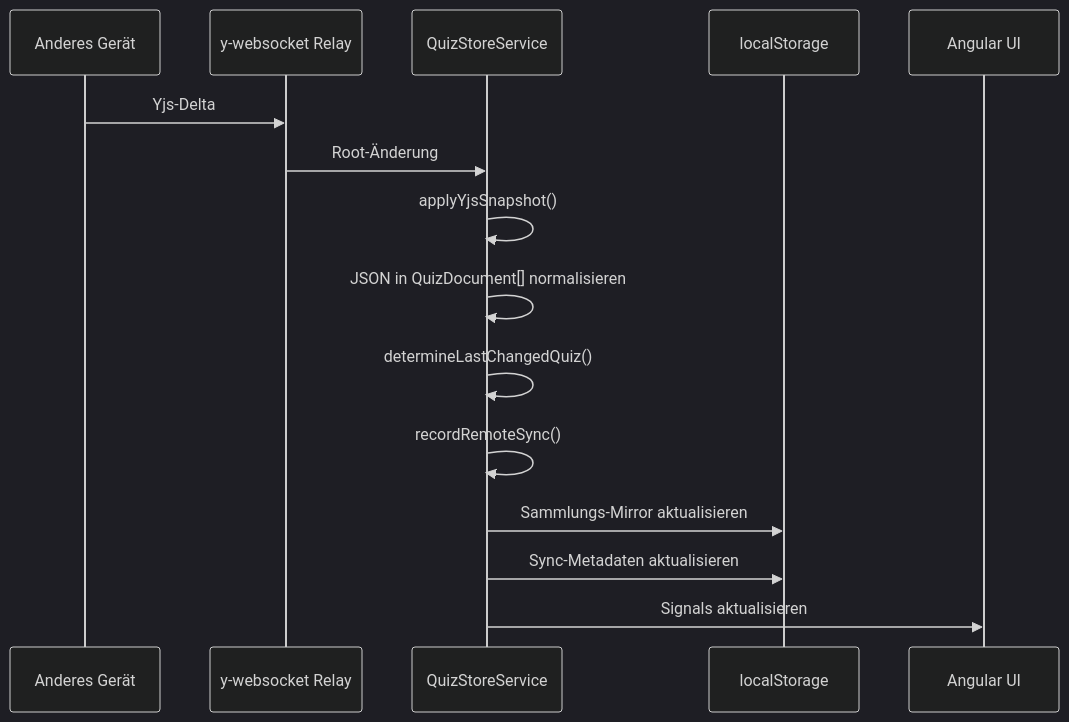
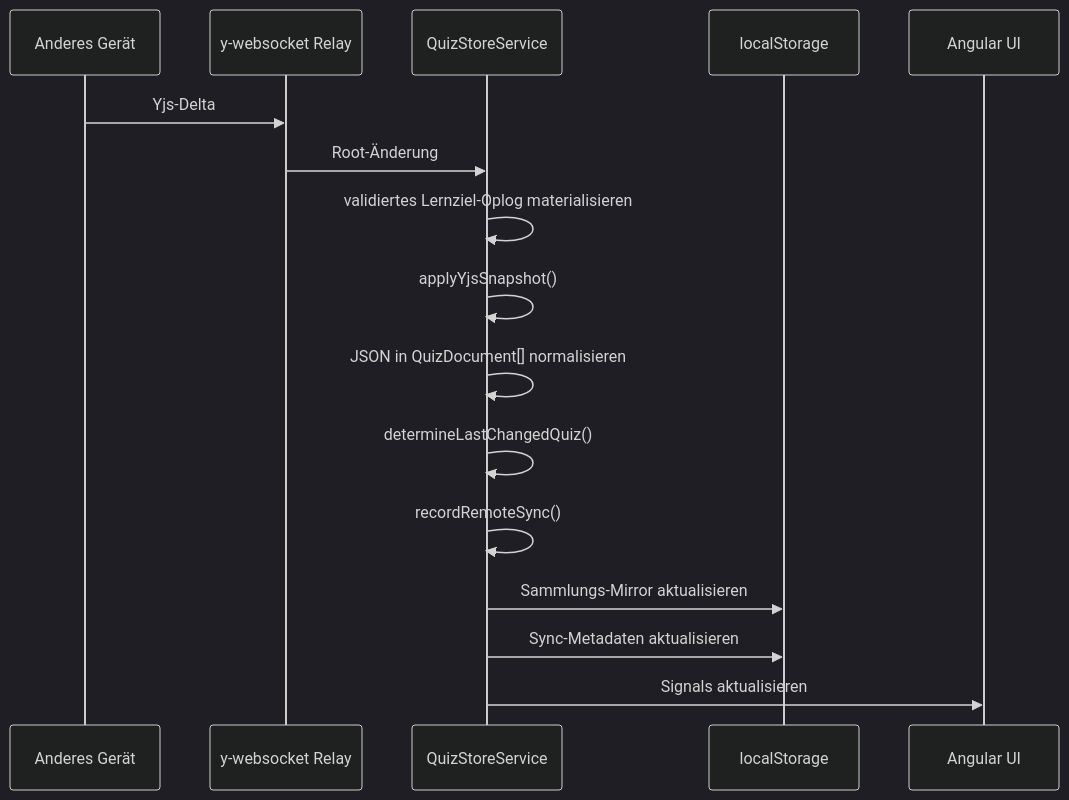
The fourth of 5 diagrams in docs/architecture/quiz-library-sync.md (kqc-real/arsnova.eu), drawn with Mermaid (dark theme) before and after one commit. The commit also changed other lines of this file and 71 other files, not shown here.

````diff
--- a/docs/architecture/quiz-library-sync.md
+++ b/docs/architecture/quiz-library-sync.md
@@ -292,18 +342,19 @@
 ```mermaid
 sequenceDiagram
     participant Remote as Anderes Gerät
     participant Relay as y-websocket Relay
     participant Store as QuizStoreService
     participant LS as localStorage
     participant UI as Angular UI
 
     Remote->>Relay: Yjs-Delta
     Relay->>Store: Root-Änderung
+    Store->>Store: validiertes Lernziel-Oplog materialisieren
     Store->>Store: applyYjsSnapshot()
     Store->>Store: JSON in QuizDocument[] normalisieren
     Store->>Store: determineLastChangedQuiz()
     Store->>Store: recordRemoteSync()
     Store->>LS: Sammlungs-Mirror aktualisieren
     Store->>LS: Sync-Metadaten aktualisieren
     Store->>UI: Signals aktualisieren
 ```
````
